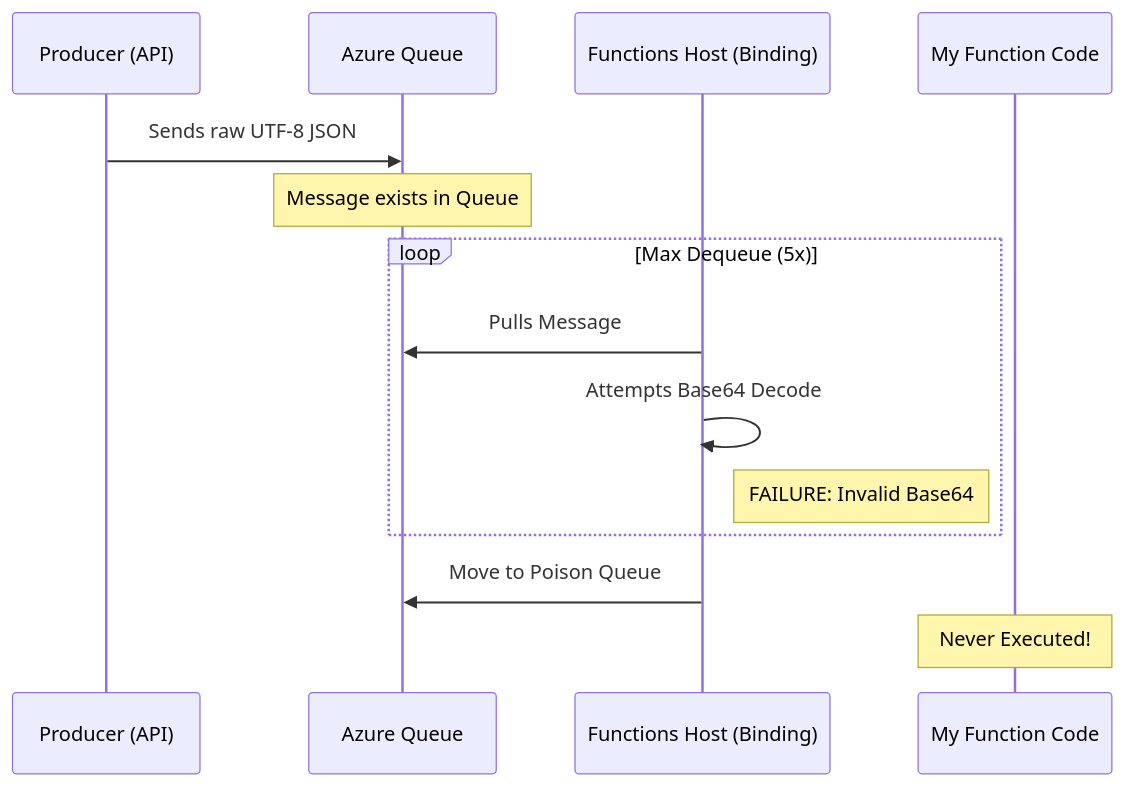
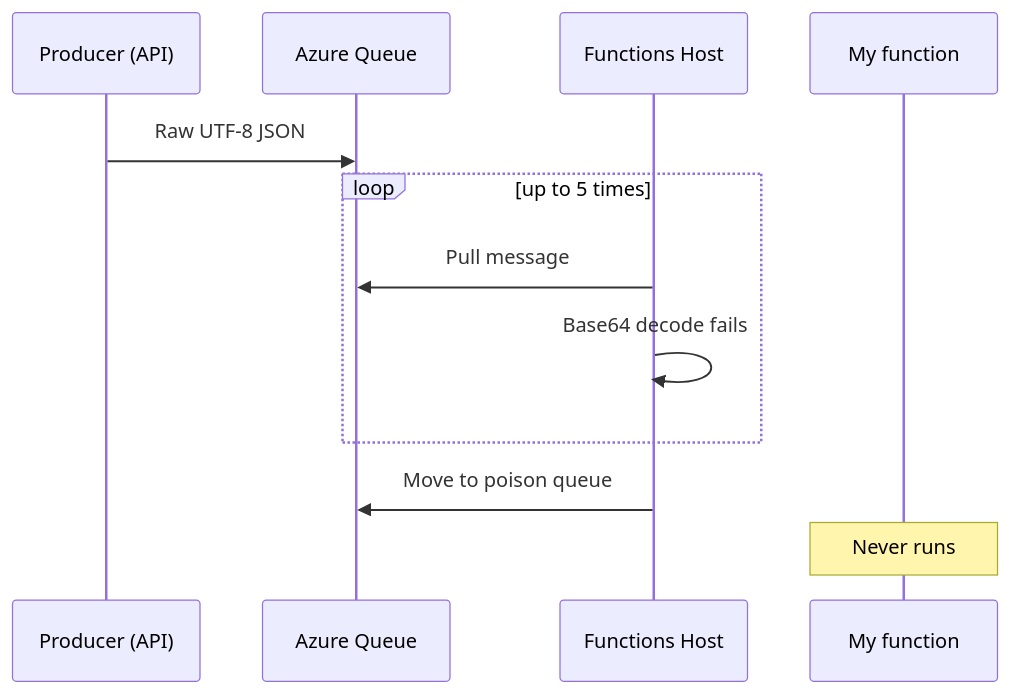
The diagram in webapp/src/content/blog/queue-trigger-encoding-debug.md (AB-Law/portfolio), drawn with Mermaid before and after one commit. The commit also changed other lines of this file and 10 other files, not shown here.

````diff
--- a/webapp/src/content/blog/queue-trigger-encoding-debug.md
+++ b/webapp/src/content/blog/queue-trigger-encoding-debug.md
@@ -60,17 +46,15 @@
 ```mermaid
 sequenceDiagram
     participant P as Producer (API)
     participant Q as Azure Queue
-    participant H as Functions Host (Binding)
-    participant F as My Function Code
+    participant H as Functions Host
+    participant F as My function
 
-    P->>Q: Sends raw UTF-8 JSON
-    Note over Q: Message exists in Queue
-    loop Max Dequeue (5x)
-        H->>Q: Pulls Message
-        H->>H: Attempts Base64 Decode
-        Note right of H: FAILURE: Invalid Base64
+    P->>Q: Raw UTF-8 JSON
+    loop up to 5 times
+        H->>Q: Pull message
+        H->>H: Base64 decode fails
     end
-    H->>Q: Move to Poison Queue
-    Note over F: Never Executed!
+    H->>Q: Move to poison queue
+    Note over F: Never runs
 ```
````
